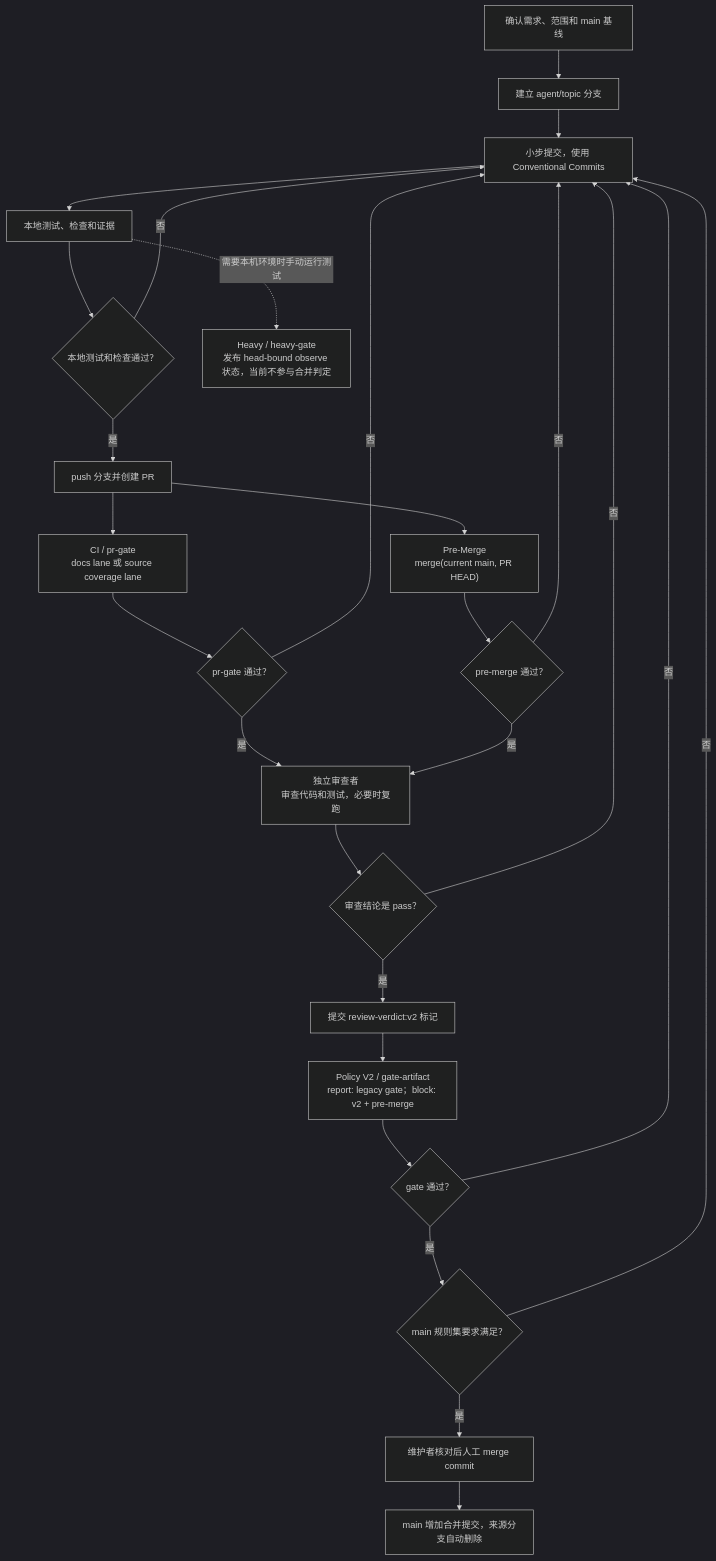
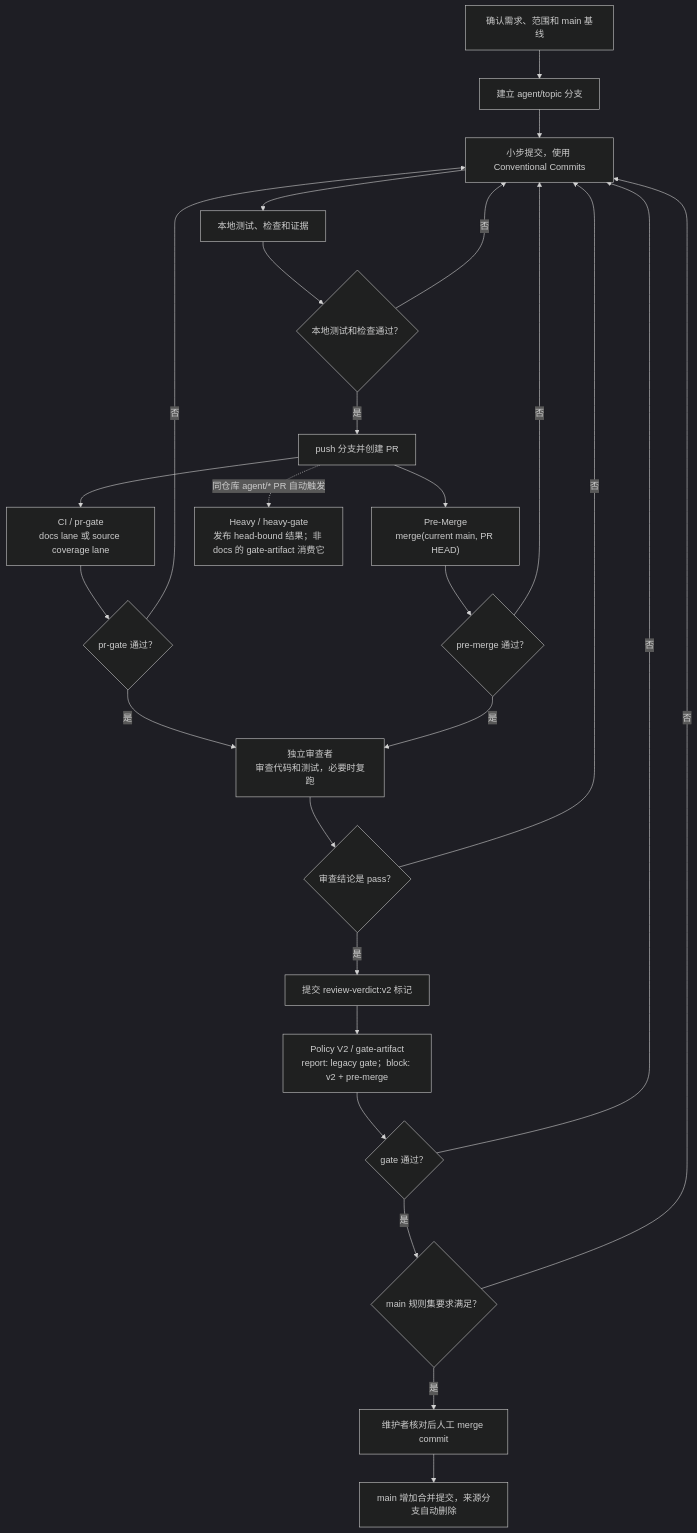
One commit to leigangzhang/dsh-cowork changed the first of 4 diagrams in docs/github-workflow.md. Above: the diagram before and after it, drawn with Mermaid (dark theme). The commit also changed other lines of this file and 20 other files, not shown here.

First line of the commit message:
feat(ci): require head-bound heavy results for non-docs PRs

````diff
--- a/docs/github-workflow.md
+++ b/docs/github-workflow.md
@@ -45,29 +45,29 @@
 ```mermaid
 flowchart TD
   A["确认需求、范围和 main 基线"] --> B["建立 agent/topic 分支"]
   B --> C["小步提交，使用 Conventional Commits"]
   C --> D["本地测试、检查和证据"]
   D --> E{"本地测试和检查通过？"}
   E -- 否 --> C
   E -- 是 --> F["push 分支并创建 PR"]
   F --> G["CI / pr-gate<br/>docs lane 或 source coverage lane"]
   F --> P["Pre-Merge<br/>merge(current main, PR HEAD)"]
   G --> H{"pr-gate 通过？"}
   P --> Q{"pre-merge 通过？"}
   H -- 否 --> C
   Q -- 否 --> C
   H -- 是 --> I["独立审查者<br/>审查代码和测试，必要时复跑"]
   Q -- 是 --> I
   I --> J{"审查结论是 pass？"}
   J -- 否 --> C
   J -- 是 --> K["提交 review-verdict:v2 标记"]
   K --> L["Policy V2 / gate-artifact<br/>report: legacy gate；block: v2 + pre-merge"]
   L --> M{"gate 通过？"}
   M -- 否 --> C
   M -- 是 --> N{"main 规则集要求满足？"}
   N -- 否 --> C
   N -- 是 --> O["维护者核对后人工 merge commit"]
   O --> R["main 增加合并提交，来源分支自动删除"]
 
-  D -. 需要本机环境时手动运行测试 .-> X["Heavy / heavy-gate<br/>发布 head-bound observe 状态，当前不参与合并判定"]
+  F -. 同仓库 agent/* PR 自动触发 .-> X["Heavy / heavy-gate<br/>发布 head-bound 结果；非 docs 的 gate-artifact 消费它"]
 ```
````
